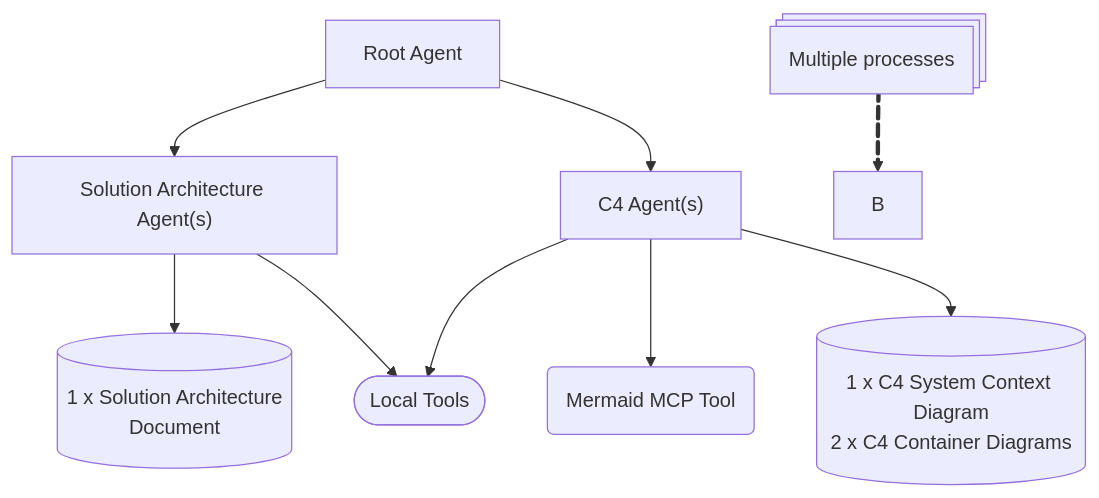
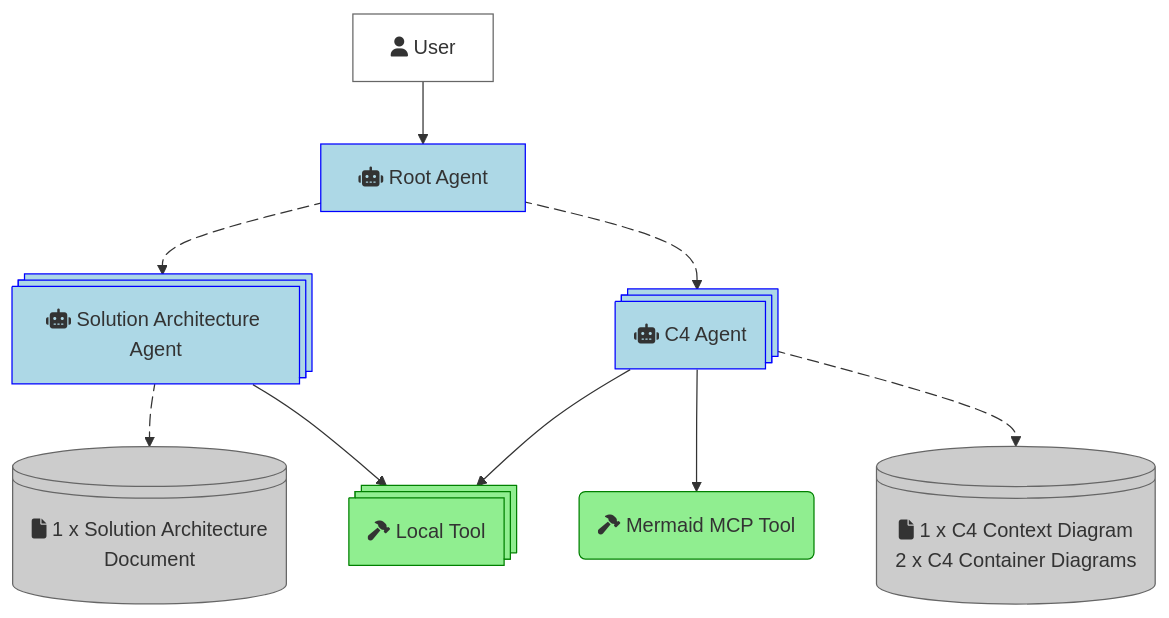
Before and after one commit to choonchernlim/keep-my-job-app: the diagram in README.md, drawn with Mermaid.

Commit message:
Update architecture diagram in README.md to enhance clarity and detail

````diff
--- a/README.md
+++ b/README.md
@@ -20,14 +20,30 @@
 ```mermaid
-graph TD
-    RA[Root Agent] --> SA["Solution Architecture Agent(s)"];
-    RA --> C4["C4 Agent(s)"];
-    SA --> MK[(1 x Solution Architecture\nDocument)]
-    SA --> LT([Local Tools]);
-    C4 --> LT;
-    C4 --> MCPT(Mermaid MCP Tool);
-    C4 --> C4D[(1 x C4 System Context Diagram\n2 x C4 Container Diagrams)];
-
-    A@{ shape: processes, label: "Multiple processes" }
-    A e1@==> B
+flowchart TD
+    U["fa:fa-user User"]:::userClass
+    AR["fa:fa-robot Root Agent"]:::agentClass
+    AS:::agentClass@{ shape: processes, label: "fa:fa-robot Solution Architecture Agent" }
+    AC:::agentClass@{ shape: processes, label: "fa:fa-robot C4 Agent" }
+    DM:::artifactClass@{ shape: lin-cyl, label: "fa:fa-file 1 x Solution Architecture\nDocument" }
+    DD:::artifactClass@{ shape: lin-cyl, label: "fa:fa-file 1 x C4 Context Diagram \n 2 x C4 Container Diagrams" }
+    TL:::toolClass@{ shape: processes, label: "fa:fa-hammer Local Tool" }
+    TM("fa:fa-hammer Mermaid MCP Tool"):::toolClass
+    
+    U-->AR
+    AR e1@--> AS
+    AR e2@--> AC
+    AS e3@--> DM
+    AS --> TL
+    AC --> TL
+    AC --> TM
+    AC e4@--> DD
+    
     e1@{ animate: true }
+    e2@{ animate: true }
+    e3@{ animate: true }
+    e4@{ animate: true }
+    
+    classDef userClass fill:#FFFFFF,stroke:#666666
+    classDef agentClass fill:lightblue,stroke:blue
+    classDef toolClass fill:lightgreen,stroke:green
+    classDef artifactClass fill:#CCCCCC,stroke:#666666
 ```
````
